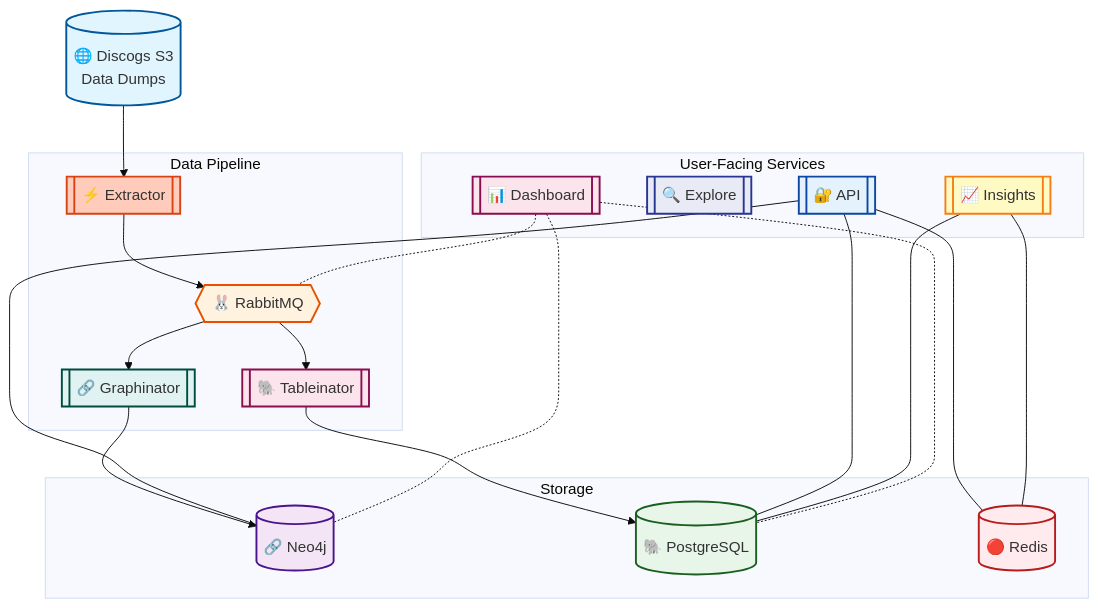
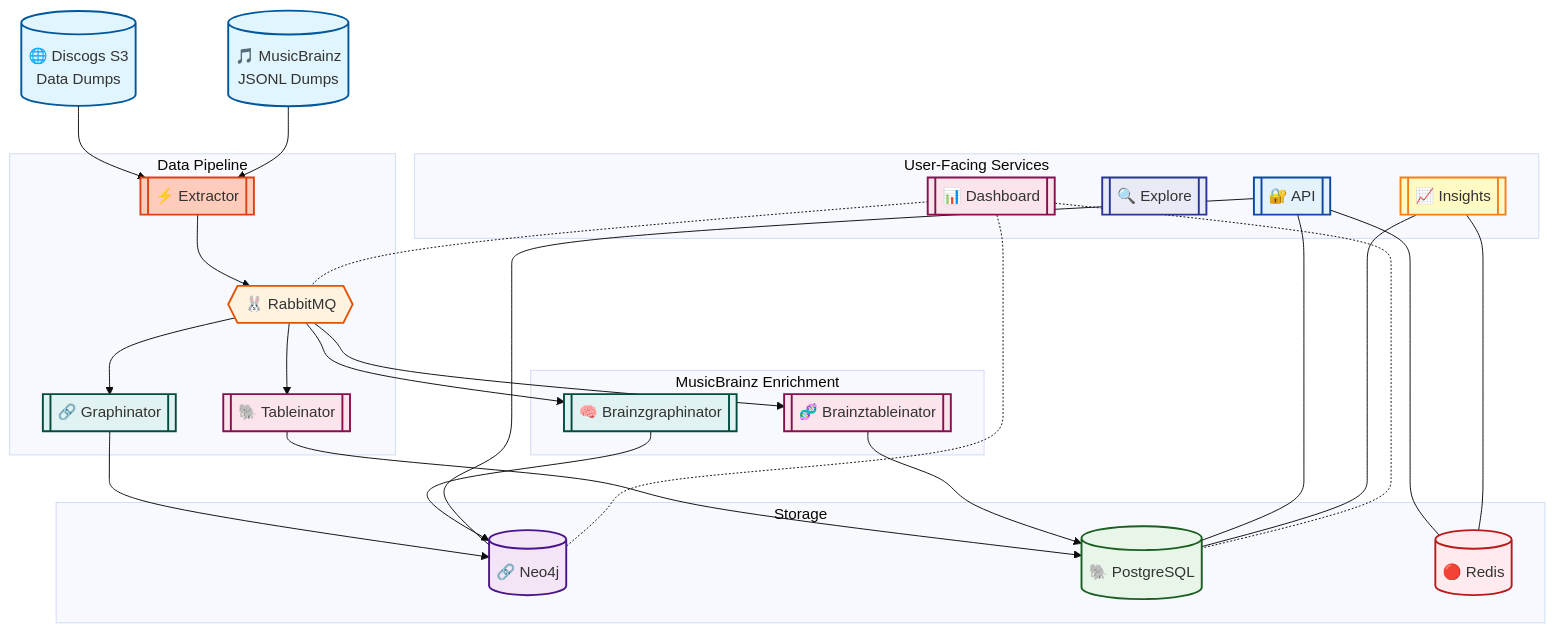
One commit to SimplicityGuy/discogsography changed the diagram in README.md. Above: the diagram before and after it, drawn with Mermaid (base theme). The commit also changed other lines of this file and 9 other files, not shown here.

First line of the commit message:
feat(api): MusicBrainz metadata, relationships, and enrichment status endpoints (#168) (#215)

````diff
--- a/README.md
+++ b/README.md
@@ -59,45 +67,57 @@
 ```mermaid
 graph TD
     S3[("🌐 Discogs S3<br/>Data Dumps")]
+    MB[("🎵 MusicBrainz<br/>JSONL Dumps")]
 
     subgraph Pipeline ["Data Pipeline"]
         EXT[["⚡ Extractor"]]
         RMQ{{"🐰 RabbitMQ"}}
         GRAPH[["🔗 Graphinator"]]
         TABLE[["🐘 Tableinator"]]
+    end
+
+    subgraph MBPipeline ["MusicBrainz Enrichment"]
+        BGRAPH[["🧠 Brainzgraphinator"]]
+        BTABLE[["🧬 Brainztableinator"]]
     end
 
     subgraph Storage ["Storage"]
         NEO4J[("🔗 Neo4j")]
         PG[("🐘 PostgreSQL")]
         REDIS[("🔴 Redis")]
     end
 
     subgraph Services ["User-Facing Services"]
         API[["🔐 API"]]
         EXPLORE[["🔍 Explore"]]
         DASH[["📊 Dashboard"]]
         INSIGHTS[["📈 Insights"]]
     end
 
     S3 --> EXT --> RMQ
+    MB --> EXT
     RMQ --> GRAPH --> NEO4J
     RMQ --> TABLE --> PG
+    RMQ --> BGRAPH --> NEO4J
+    RMQ --> BTABLE --> PG
 
     API --- NEO4J & PG & REDIS
     INSIGHTS --- PG & REDIS
     DASH -.- RMQ & NEO4J & PG
 
     style S3 fill:#e1f5fe,stroke:#01579b,stroke-width:2px
+    style MB fill:#e1f5fe,stroke:#01579b,stroke-width:2px
     style EXT fill:#ffccbc,stroke:#d84315,stroke-width:2px
     style RMQ fill:#fff3e0,stroke:#e65100,stroke-width:2px
     style NEO4J fill:#f3e5f5,stroke:#4a148c,stroke-width:2px
     style PG fill:#e8f5e9,stroke:#1b5e20,stroke-width:2px
     style REDIS fill:#ffebee,stroke:#b71c1c,stroke-width:2px
     style GRAPH fill:#e0f2f1,stroke:#004d40,stroke-width:2px
     style TABLE fill:#fce4ec,stroke:#880e4f,stroke-width:2px
+    style BGRAPH fill:#e0f2f1,stroke:#004d40,stroke-width:2px
+    style BTABLE fill:#fce4ec,stroke:#880e4f,stroke-width:2px
     style API fill:#e3f2fd,stroke:#0d47a1,stroke-width:2px
     style EXPLORE fill:#e8eaf6,stroke:#283593,stroke-width:2px
     style DASH fill:#fce4ec,stroke:#880e4f,stroke-width:2px
     style INSIGHTS fill:#fff9c4,stroke:#f57f17,stroke-width:2px
 ```
````
